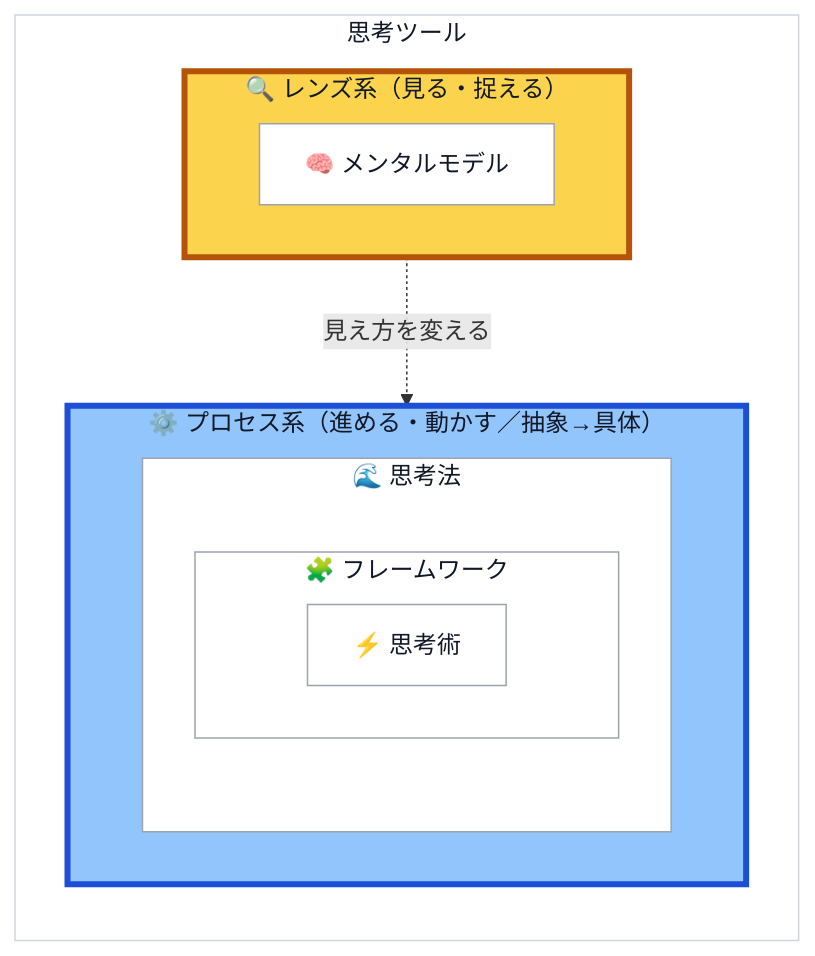
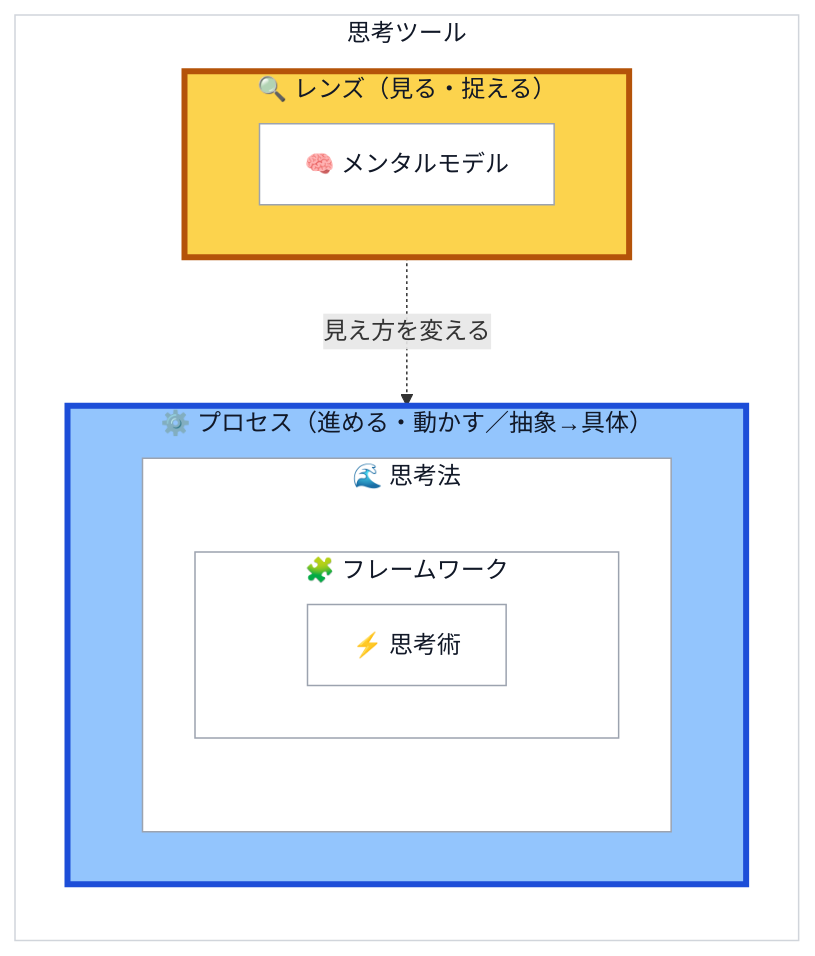
Before and after one commit to snamiki1212/awesome-thinking: the diagram in README.md, drawn with Mermaid. The commit also changed other lines of this file and 5 other files, not shown here.

````diff
--- a/README.md
+++ b/README.md
@@ -18,26 +18,26 @@
 ```mermaid
 flowchart TB
     subgraph T["思考ツール"]
         direction TB
-        subgraph L["🔍 レンズ系（見る・捉える）"]
+        subgraph L["🔍 レンズ（見る・捉える）"]
             MM["🧠 メンタルモデル"]
         end
-        subgraph P["⚙️ プロセス系（進める・動かす／抽象→具体）"]
+        subgraph P["⚙️ プロセス（進める・動かす／抽象→具体）"]
             subgraph TM["🌊 思考法"]
                 direction TB
                 subgraph FW["🧩 フレームワーク"]
                     SK["⚡ 思考術"]
                 end
             end
         end
     end
     L -. 見え方を変える .-> P
 
     style T fill:#ffffff,stroke:#d1d5db,stroke-width:1px,color:#111827
     style L fill:#fcd34d,stroke:#b45309,stroke-width:4px,color:#111827
     style P fill:#93c5fd,stroke:#1d4ed8,stroke-width:4px,color:#111827
     style MM fill:#ffffff,stroke:#9ca3af,color:#111827
     style TM fill:#ffffff,stroke:#9ca3af,color:#111827
     style FW fill:#ffffff,stroke:#9ca3af,color:#111827
     style SK fill:#ffffff,stroke:#9ca3af,color:#111827
 ```
````
